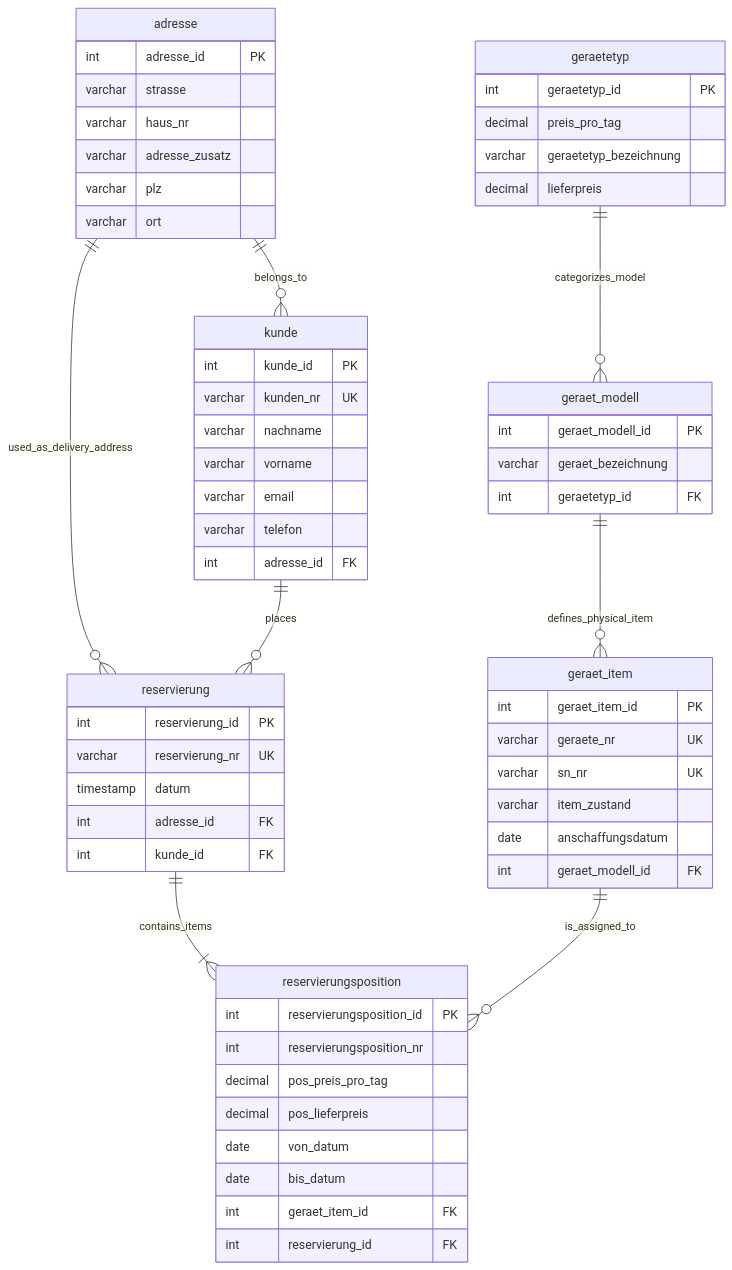
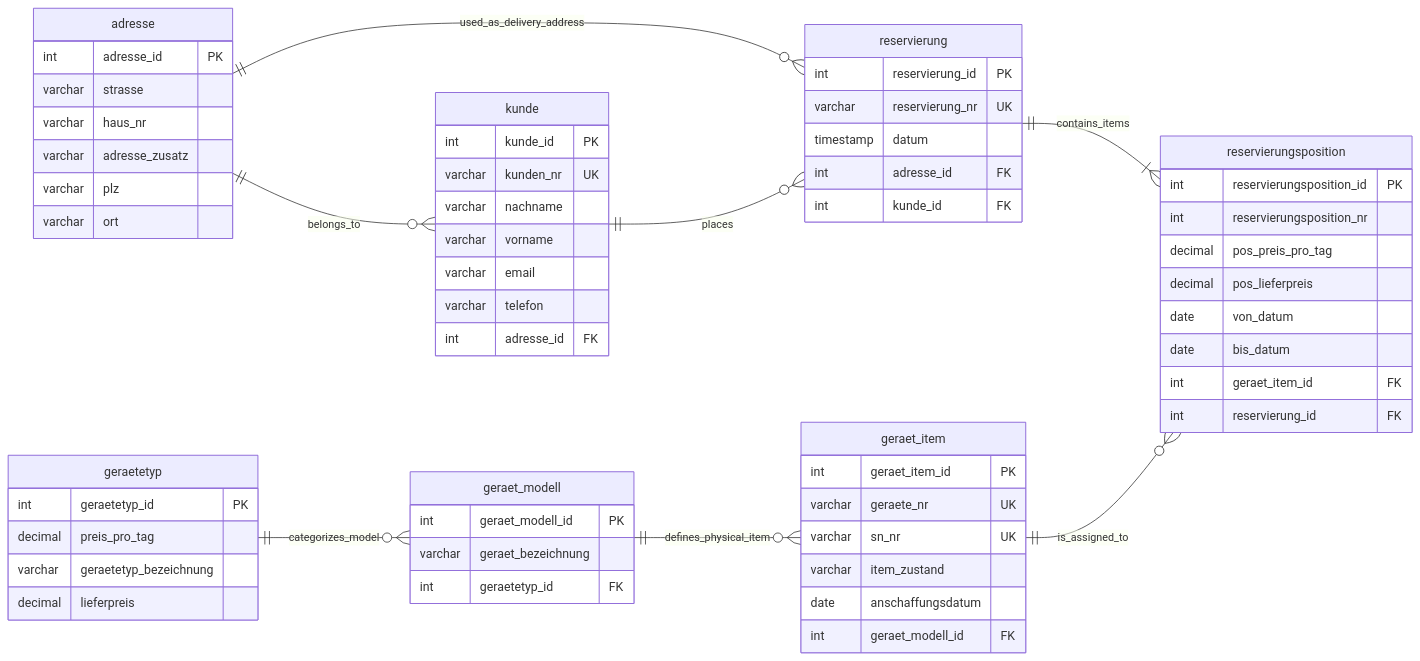
One commit to mtdeve/reservierung_db changed the diagram in docs/architecture.md. Above: the diagram before and after it, drawn with Mermaid. The commit also changed 21 other files, not shown here.

````diff
--- a/docs/architecture.md
+++ b/docs/architecture.md
@@ -7,71 +7,72 @@
 ```mermaid
 erDiagram
+    direction LR
     adresse {
         int adresse_id PK
         varchar strasse
         varchar haus_nr
         varchar adresse_zusatz
         varchar plz
         varchar ort
     }
 
     kunde {
         int kunde_id PK
         varchar kunden_nr UK
         varchar nachname
         varchar vorname
         varchar email
         varchar telefon
         int adresse_id FK
     }
 
     geraetetyp {
         int geraetetyp_id PK
         decimal preis_pro_tag
         varchar geraetetyp_bezeichnung
         decimal lieferpreis
     }
 
     geraet_modell {
         int geraet_modell_id PK
         varchar geraet_bezeichnung
         int geraetetyp_id FK
     }
 
     geraet_item {
         int geraet_item_id PK
         varchar geraete_nr UK
         varchar sn_nr UK
         varchar item_zustand
         date anschaffungsdatum
         int geraet_modell_id FK
     }
 
     reservierung {
         int reservierung_id PK
         varchar reservierung_nr UK
         timestamp datum
         int adresse_id FK
         int kunde_id FK
     }
 
     reservierungsposition {
         int reservierungsposition_id PK
         int reservierungsposition_nr
         decimal pos_preis_pro_tag
         decimal pos_lieferpreis
         date von_datum
         date bis_datum
         int geraet_item_id FK
         int reservierung_id FK
     }
 
     adresse ||--o{ kunde : belongs_to
     adresse ||--o{ reservierung : used_as_delivery_address
     kunde ||--o{ reservierung : places
     reservierung ||--|{ reservierungsposition : contains_items
     geraet_item ||--o{ reservierungsposition : is_assigned_to
     geraet_modell ||--o{ geraet_item : defines_physical_item
     geraetetyp ||--o{ geraet_modell : categorizes_model
 
 ```
````
